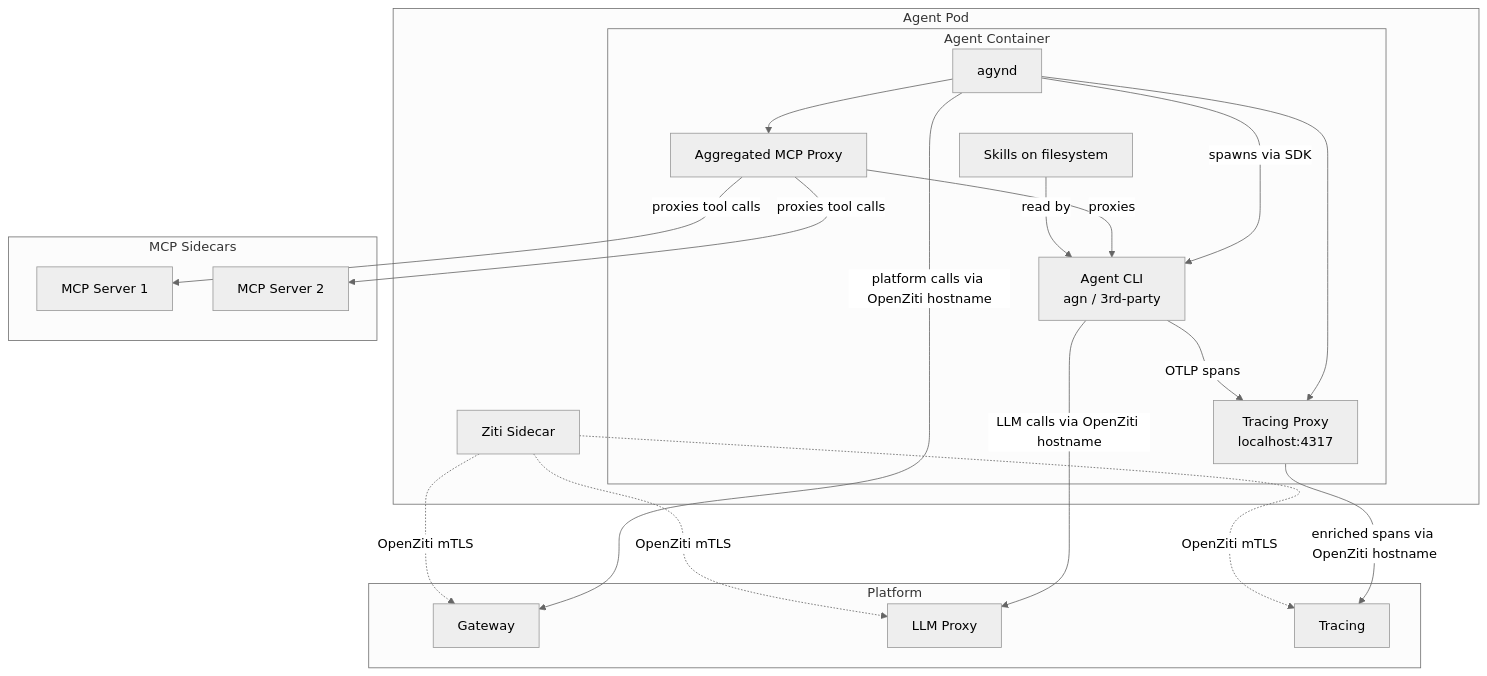
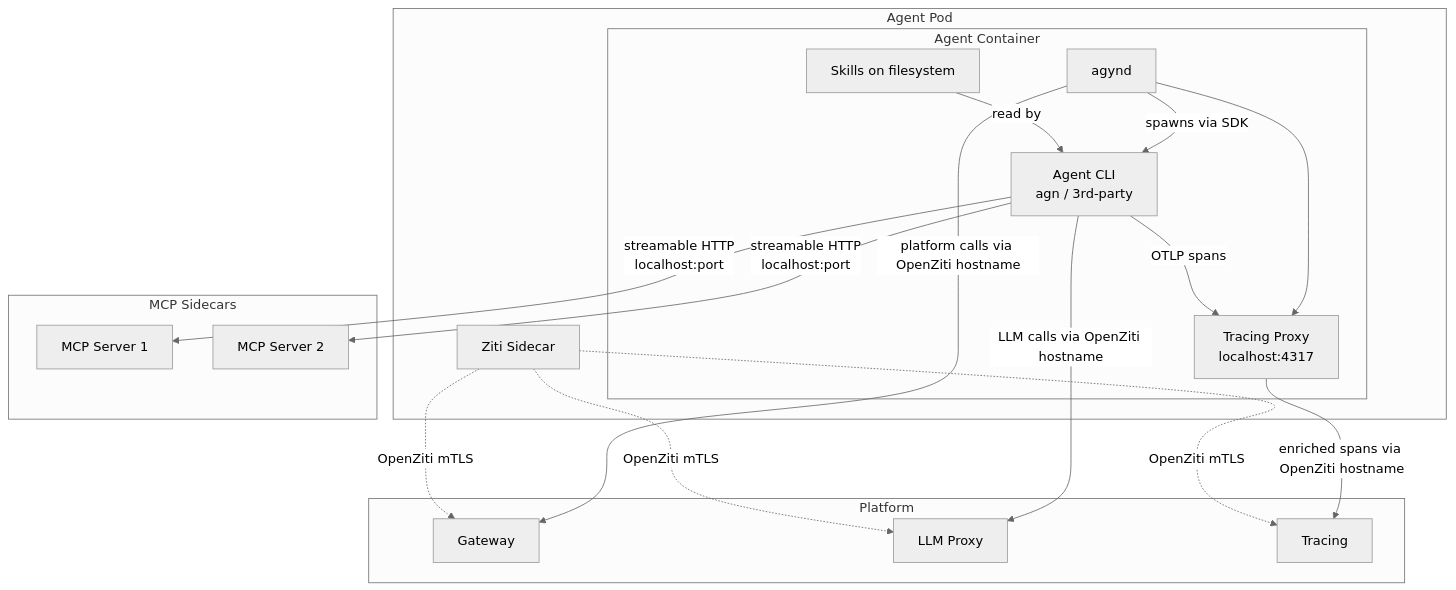
One commit to agynio/architecture changed the first of 2 diagrams in architecture/agynd-cli.md. Above: the diagram before and after it, drawn with Mermaid (neutral theme). The commit also changed other lines of this file and 5 other files, not shown here.

First line of the commit message:
Add MCP architecture doc, remove aggregation proxy from agynd (#96)

````diff
--- a/architecture/agynd-cli.md
+++ b/architecture/agynd-cli.md
@@ -107,39 +107,36 @@
 ```mermaid
 graph TB
     subgraph "Agent Pod"
         ZitiSidecar[Ziti Sidecar]
         subgraph "Agent Container"
             agynd[agynd]
             AgentCLI[Agent CLI<br/>agn / 3rd-party]
-            AggMCP[Aggregated MCP Proxy]
             TracingProxy[Tracing Proxy<br/>localhost:4317]
             Skills[Skills on filesystem]
 
             agynd -->|spawns via SDK| AgentCLI
-            agynd --> AggMCP
             agynd --> TracingProxy
-            AggMCP -->|proxies| AgentCLI
             Skills -->|read by| AgentCLI
             AgentCLI -->|OTLP spans| TracingProxy
         end
     end
 
     subgraph "MCP Sidecars"
         MCP1[MCP Server 1]
         MCP2[MCP Server 2]
     end
 
     subgraph Platform
         Gateway
         LLMProxy[LLM Proxy]
         Tracing[Tracing]
     end
 
     agynd -->|platform calls via OpenZiti hostname| Gateway
     AgentCLI -->|LLM calls via OpenZiti hostname| LLMProxy
+    AgentCLI -->|streamable HTTP<br/>localhost:port| MCP1 & MCP2
     TracingProxy -->|enriched spans via OpenZiti hostname| Tracing
     ZitiSidecar -.->|OpenZiti mTLS| Gateway
     ZitiSidecar -.->|OpenZiti mTLS| LLMProxy
     ZitiSidecar -.->|OpenZiti mTLS| Tracing
-    AggMCP -->|proxies tool calls| MCP1 & MCP2
 ```
````
